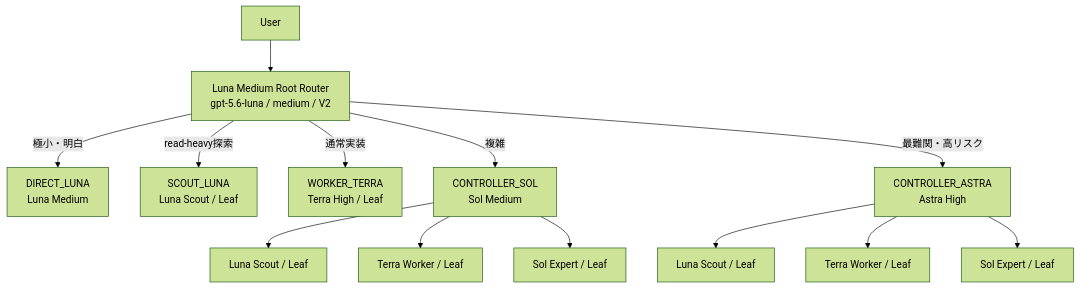
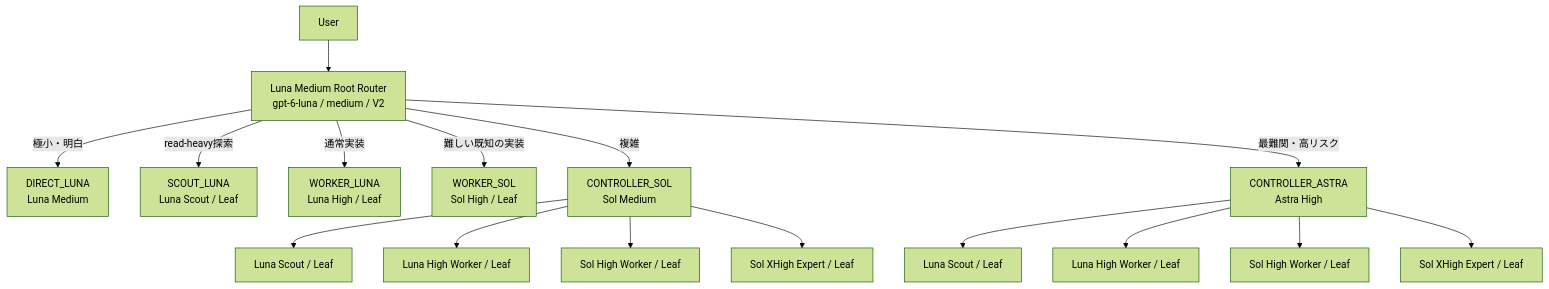
The diagram in README.md (ten9miq/codex-multi-agent-orchestrator), drawn with Mermaid (forest theme) before and after one commit. The commit also changed other lines of this file and 19 other files, not shown here.

Commit message:
Route GPT-6 Luna and Sol workers with strict Direct guard

````diff
--- a/README.md
+++ b/README.md
@@ -57,18 +58,21 @@
 ```mermaid
 flowchart TD
-    U["User"] --> R["Luna Medium Root Router<br/>gpt-5.6-luna / medium / V2"]
+    U["User"] --> R["Luna Medium Root Router<br/>gpt-6-luna / medium / V2"]
 
     R -->|"極小・明白"| D["DIRECT_LUNA<br/>Luna Medium"]
     R -->|"read-heavy探索"| S["SCOUT_LUNA<br/>Luna Scout / Leaf"]
-    R -->|"通常実装"| W["WORKER_TERRA<br/>Terra High / Leaf"]
+    R -->|"通常実装"| W["WORKER_LUNA<br/>Luna High / Leaf"]
+    R -->|"難しい既知の実装"| SW["WORKER_SOL<br/>Sol High / Leaf"]
     R -->|"複雑"| C["CONTROLLER_SOL<br/>Sol Medium"]
     R -->|"最難関・高リスク"| A["CONTROLLER_ASTRA<br/>Astra High"]
 
     C --> CS["Luna Scout / Leaf"]
-    C --> CW["Terra Worker / Leaf"]
-    C --> CE["Sol Expert / Leaf"]
+    C --> CW["Luna High Worker / Leaf"]
+    C --> SCW["Sol High Worker / Leaf"]
+    C --> CE["Sol XHigh Expert / Leaf"]
 
     A --> AS["Luna Scout / Leaf"]
-    A --> AW["Terra Worker / Leaf"]
-    A --> AE["Sol Expert / Leaf"]
+    A --> AW["Luna High Worker / Leaf"]
+    A --> ASW["Sol High Worker / Leaf"]
+    A --> AE["Sol XHigh Expert / Leaf"]
 ```
````
